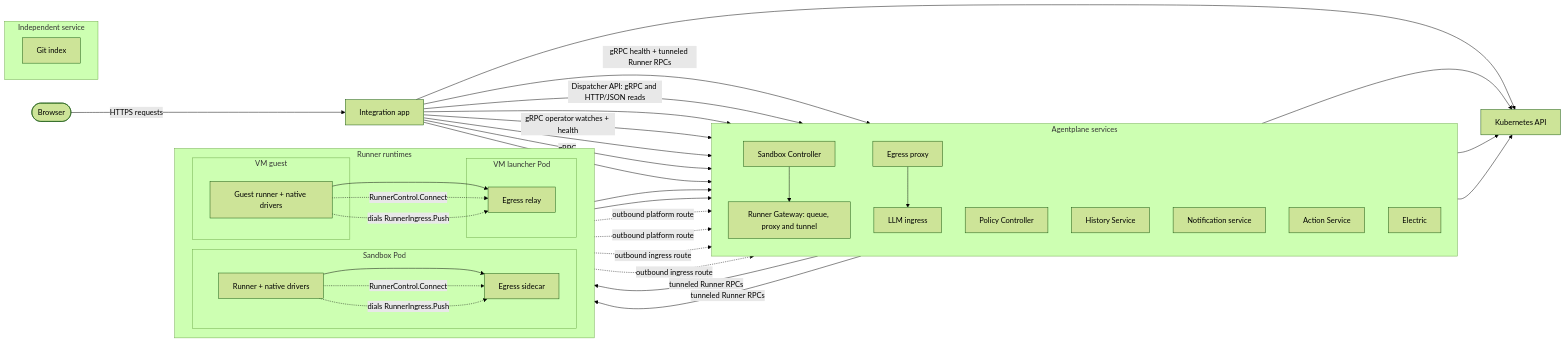
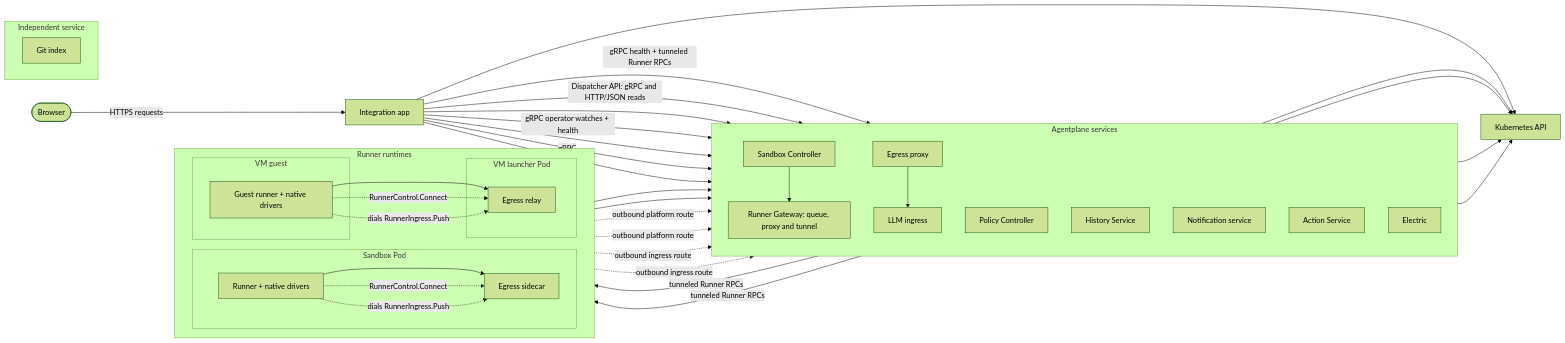
Before and after one commit to agentydragon-agent/ducktape: the diagram in agentplane/README.md, drawn with Mermaid (forest theme). The commit also changed 40 other files, not shown here.

````diff
--- a/agentplane/README.md
+++ b/agentplane/README.md
@@ -49,76 +49,77 @@
 ```mermaid
 flowchart LR
     browser([Browser])
     app[Integration app]
     subgraph services[Agentplane services]
         direction TB
         gw[Runner Gateway: queue, proxy and tunnel]
         sandboxctl[Sandbox Controller]
         policy[Policy Controller]
         hs[History Service]
         notif[Notification service]
         actions[Action Service]
         egress[Egress proxy]
         llm[LLM ingress]
         electric[Electric]
     end
     subgraph runtimes[Runner runtimes]
       direction LR
       subgraph sandbox[Sandbox Pod]
         runner[Runner + native drivers]
         sidecar[Egress sidecar]
       end
       subgraph vm_guest[VM guest]
         guest[Guest runner + native drivers]
       end
       subgraph vm_sandbox[VM launcher Pod]
         relay[Egress relay]
       end
     end
     k8s[Kubernetes API]
     subgraph independent[Independent service]
       direction LR
         index[Git index]
     end
 
     browser -->|HTTPS requests| app
     app -->|gRPC health + tunneled Runner RPCs| gw
     app -->|Dispatcher API: gRPC and HTTP/JSON reads| gw
     app --> hs
     app -->|gRPC operator watches + health| notif
     app --> actions
     app -->|gRPC| egress
     app --> electric
     app --> k8s
 
     gw --> k8s
+    notif --> k8s
     policy --> k8s
     sandboxctl --> k8s
     sandboxctl --> gw
     runner --> sidecar --> egress
     guest --> relay --> egress
     runner -.->|RunnerControl.Connect| sidecar
     sidecar -.->|outbound platform route| gw
     guest -.->|RunnerControl.Connect| relay
     relay -.->|outbound platform route| gw
     gw -->|tunneled Runner RPCs| runner
     gw -->|tunneled Runner RPCs| guest
     runner -.->|dials RunnerIngress.Push| sidecar
     sidecar -.->|outbound ingress route| hs
     guest -.->|dials RunnerIngress.Push| relay
     relay -.->|outbound ingress route| hs
 
     egress --> llm
 
     click app href "app/api.py" "Integration app API"
     click gw href "docs/runner_control.md" "Runner control stream and proxy"
     click hs href "history_service/history_service.proto" "History Service API"
     click notif href "notification_service/notifications.proto" "Notification Service API"
     click actions href "action_service/api.py" "Action Service API"
     click policy href "policy_controller/controller.go" "Policy Controller"
     click sandboxctl href "sandbox_controller/controller.go" "Sandbox Controller"
     click egress href "egress/proxy/proxy.go" "Egress proxy"
     click llm href "llm_ingress/server.go" "LLM ingress"
     click electric href "../cluster/cdk8s/agentplane/electric.py" "Electric deployment"
     click index href "indexing/app.py" "Git index API"
 ```
````
